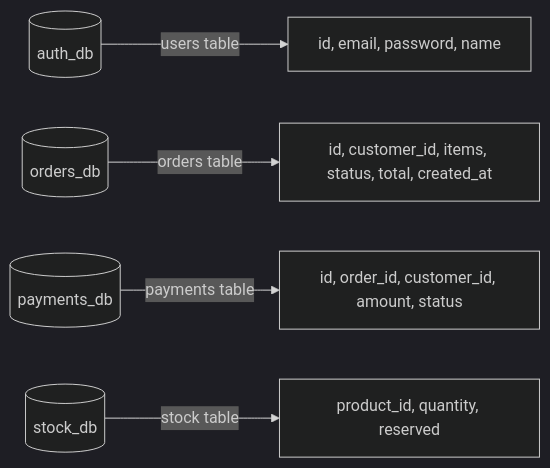
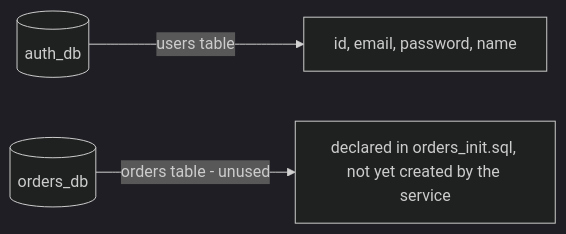
One commit to Akene-Uzezi/ecommerce-microservice changed the third of 3 diagrams in architecture.md. Above: the diagram before and after it, drawn with Mermaid (dark theme). The commit also changed other lines of this file and 1 other file, not shown here.

````diff
--- a/architecture.md
+++ b/architecture.md
@@ -58,12 +62,8 @@
 ```mermaid
 graph LR
     Auth[(auth_db)]
     Orders[(orders_db)]
-    Payments[(payments_db)]
-    Stock[(stock_db)]
 
     Auth -->|users table| AuthSchema[id, email, password, name]
-    Orders -->|orders table| OrdersSchema[id, customer_id, items, status, total, created_at]
-    Payments -->|payments table| PaymentSchema[id, order_id, customer_id, amount, status]
-    Stock -->|stock table| StockSchema[product_id, quantity, reserved]
+    Orders -->|orders table - unused| OrdersSchema[declared in orders_init.sql, not yet created by the service]
 ```
````
